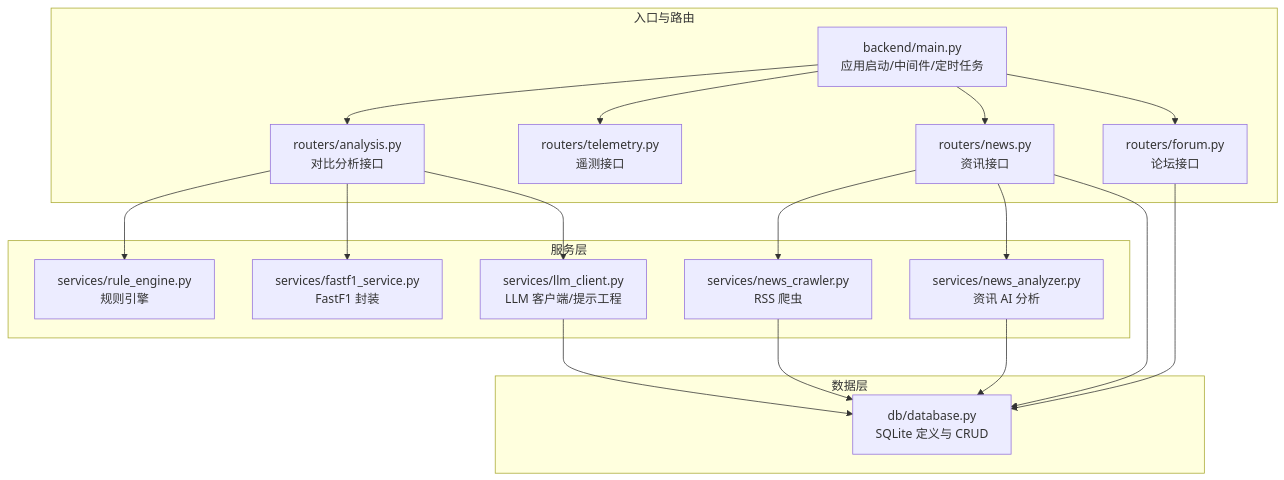
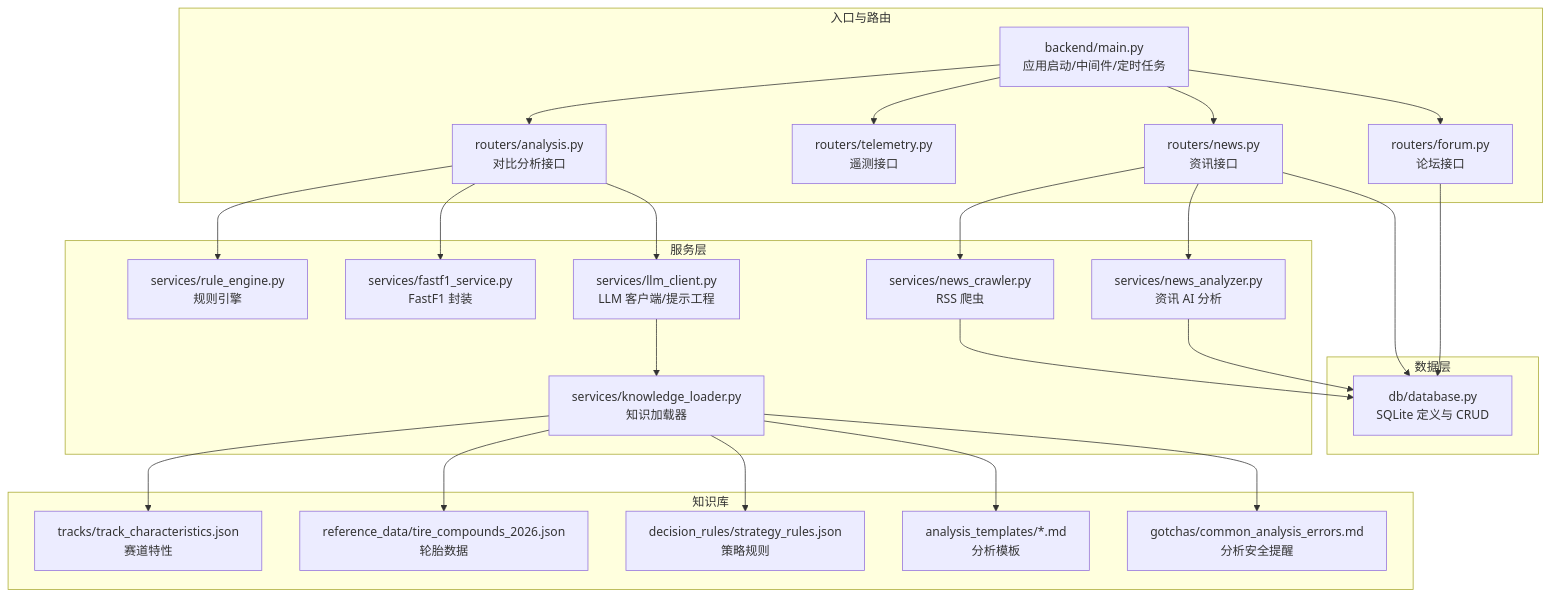
Before and after one commit to jianai0330/Fast-F1: the first of 10 diagrams in .qoder/repowiki/zh/content/数据分析功能/AI 分析报告.md, drawn with Mermaid. The commit also changed other lines of this file and 22 other files, not shown here.

````diff
--- a/.qoder/repowiki/zh/content/数据分析功能/AI 分析报告.md
+++ b/.qoder/repowiki/zh/content/数据分析功能/AI 分析报告.md
@@ -48,34 +59,47 @@
 ```mermaid
 graph TB
 subgraph "入口与路由"
 MAIN["backend/main.py<br/>应用启动/中间件/定时任务"]
 ROUTER_ANALYSIS["routers/analysis.py<br/>对比分析接口"]
 ROUTER_TELEMETRY["routers/telemetry.py<br/>遥测接口"]
 ROUTER_NEWS["routers/news.py<br/>资讯接口"]
 ROUTER_FORUM["routers/forum.py<br/>论坛接口"]
 end
 subgraph "服务层"
 SVC_LLM["services/llm_client.py<br/>LLM 客户端/提示工程"]
 SVC_RULE["services/rule_engine.py<br/>规则引擎"]
+SVC_KNOWLEDGE["services/knowledge_loader.py<br/>知识加载器"]
 SVC_FASTF1["services/fastf1_service.py<br/>FastF1 封装"]
 SVC_NEWS_CRAWLER["services/news_crawler.py<br/>RSS 爬虫"]
 SVC_NEWS_ANALYZER["services/news_analyzer.py<br/>资讯 AI 分析"]
 end
 subgraph "数据层"
 DB["db/database.py<br/>SQLite 定义与 CRUD"]
+end
+subgraph "知识库"
+KNOW_TRACKS["tracks/track_characteristics.json<br/>赛道特性"]
+KNOW_TIRE["reference_data/tire_compounds_2026.json<br/>轮胎数据"]
+KNOW_STRATEGY["decision_rules/strategy_rules.json<br/>策略规则"]
+KNOW_ANALYSIS["analysis_templates/*.md<br/>分析模板"]
+KNOW_GOTCHAS["gotchas/common_analysis_errors.md<br/>分析安全提醒"]
 end
 MAIN --> ROUTER_ANALYSIS
 MAIN --> ROUTER_TELEMETRY
 MAIN --> ROUTER_NEWS
 MAIN --> ROUTER_FORUM
 ROUTER_ANALYSIS --> SVC_RULE
 ROUTER_ANALYSIS --> SVC_FASTF1
 ROUTER_ANALYSIS --> SVC_LLM
 ROUTER_NEWS --> SVC_NEWS_CRAWLER
 ROUTER_NEWS --> SVC_NEWS_ANALYZER
 ROUTER_NEWS --> DB
 ROUTER_FORUM --> DB
 SVC_NEWS_ANALYZER --> DB
 SVC_NEWS_CRAWLER --> DB
-SVC_LLM --> DB
+SVC_LLM --> SVC_KNOWLEDGE
+SVC_KNOWLEDGE --> KNOW_TRACKS
+SVC_KNOWLEDGE --> KNOW_TIRE
+SVC_KNOWLEDGE --> KNOW_STRATEGY
+SVC_KNOWLEDGE --> KNOW_ANALYSIS
+SVC_KNOWLEDGE --> KNOW_GOTCHAS
 ```
````
